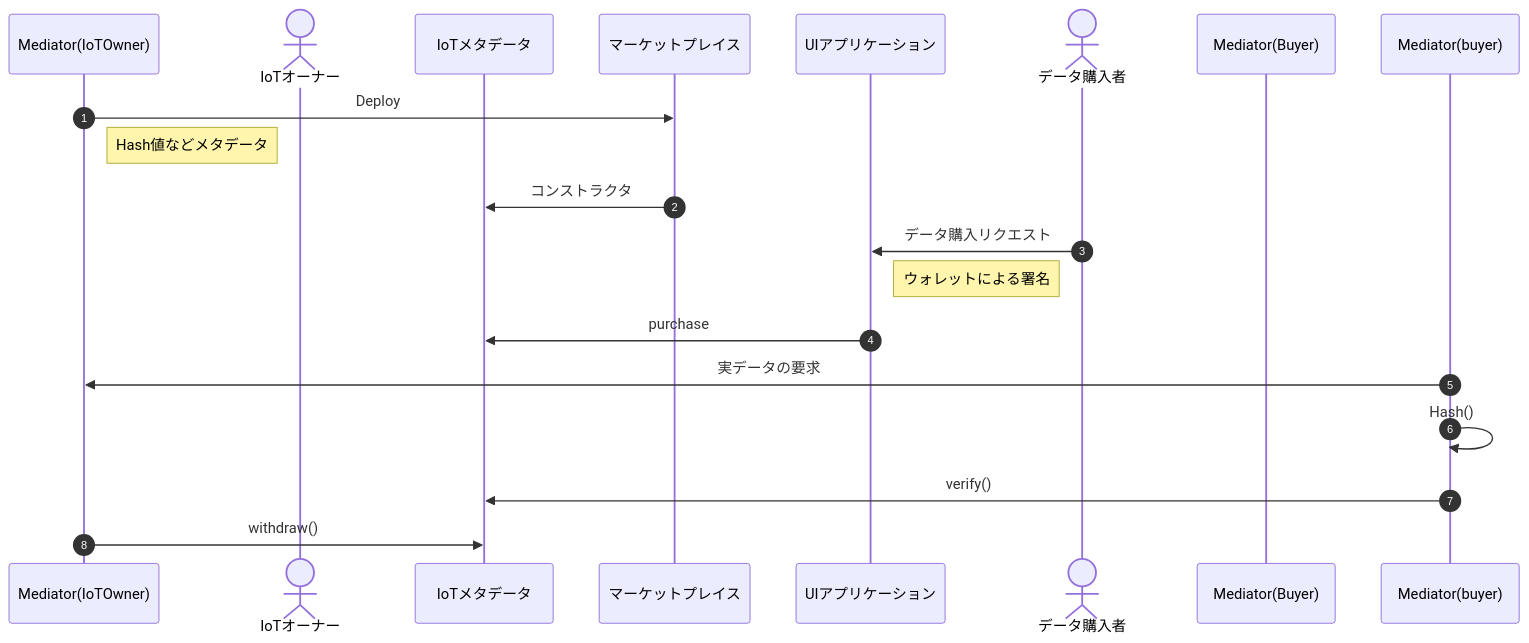
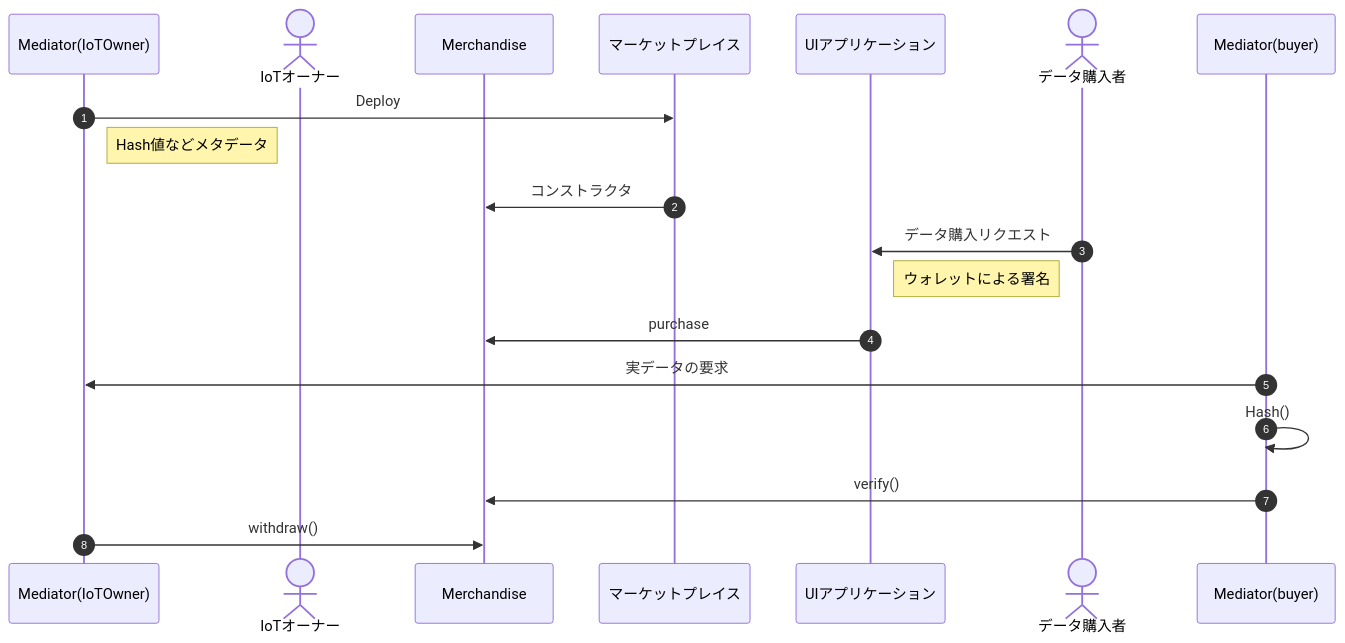
One commit to KawaiKenta/iot-market changed the diagram in README.md. Above: the diagram before and after it, drawn with Mermaid. The commit also changed other lines of this file, not shown here.

````diff
--- a/README.md
+++ b/README.md
@@ -64,21 +66,21 @@
 ```mermaid
 sequenceDiagram
     autonumber
     participant Mediator(IoTOwner)
     actor iotOwner as IoTオーナー
-    participant Merchandise as IoTメタデータ
+    participant Merchandise
     participant IoTMarketplace as マーケットプレイス
     participant Frontend as UIアプリケーション
     actor buyer as データ購入者
-    participant Mediator(Buyer)
+    participant Mediator(buyer)
     Mediator(IoTOwner)->>IoTMarketplace: Deploy
     Note right of Mediator(IoTOwner): Hash値などメタデータ
     IoTMarketplace->>Merchandise: コンストラクタ
     buyer->>Frontend: データ購入リクエスト
     Note left of buyer: ウォレットによる署名
     Frontend->>Merchandise: purchase
     Mediator(buyer)->>Mediator(IoTOwner): 実データの要求
     Mediator(buyer)->>Mediator(buyer):Hash()
     Mediator(buyer)->>Merchandise: verify()
     Mediator(IoTOwner)->>Merchandise: withdraw()
 ```
````
